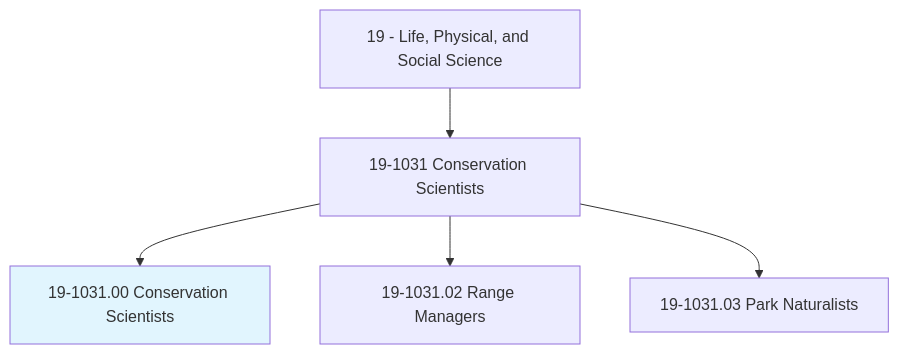
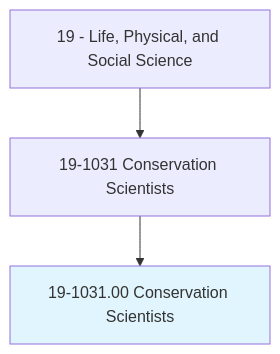
Before and after one commit to kziemski/business.org.ai: the first of 4 diagrams in occupations/Science/ConservationScientists.mdx, drawn with Mermaid. The commit also changed other lines of this file and 938 other files, not shown here.

````diff
--- a/occupations/Science/ConservationScientists.mdx
+++ b/occupations/Science/ConservationScientists.mdx
@@ -19,8 +23,6 @@
 ```mermaid
 graph TD
     Cat19["19 - Life, Physical, and Social Science"] --> Group191031["19-1031 Conservation Scientists"]
     Group191031 --> Current["19-1031.00 Conservation Scientists"]
     style Current fill:#e1f5fe
-    Group191031 --> V19103102["19-1031.02 Range Managers"]
-    Group191031 --> V19103103["19-1031.03 Park Naturalists"]
 ```
````
